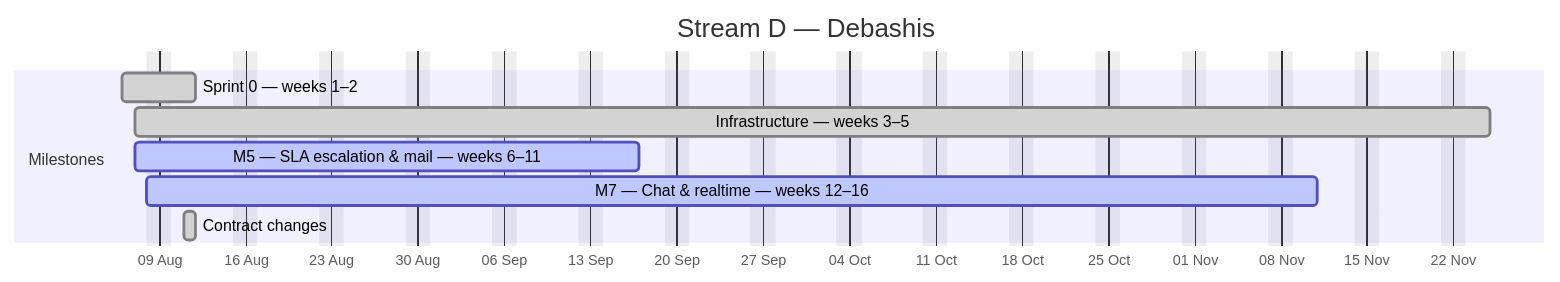
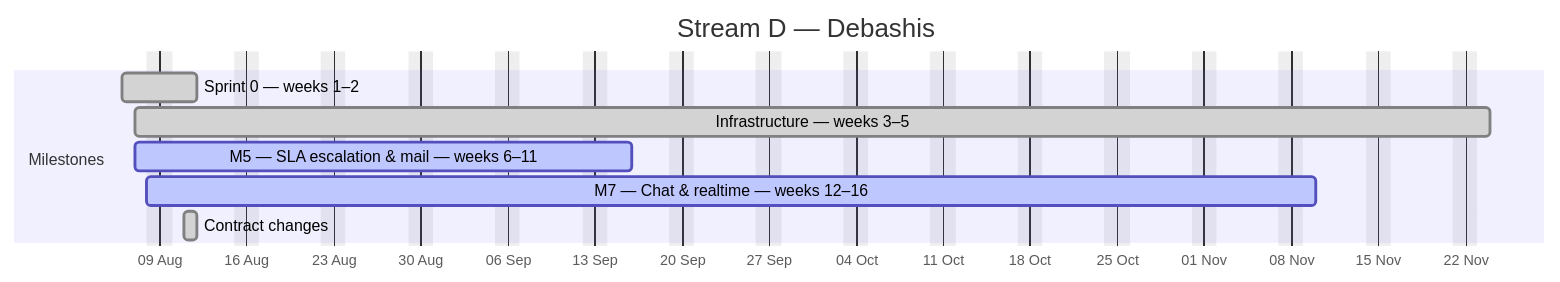
One commit to debashisedunext/EduTrack changed the fourth of 4 diagrams in docs/plan/GANTT.md. Above: the diagram before and after it, drawn with Mermaid. The commit also changed other lines of this file and 3 other files, not shown here.

````diff
--- a/docs/plan/GANTT.md
+++ b/docs/plan/GANTT.md
@@ -170,13 +173,13 @@
 ```mermaid
 gantt
     dateFormat YYYY-MM-DD
     axisFormat %d %b
     title Stream D — Debashis
     excludes weekends
     section Milestones
     Sprint 0 — weeks 1–2 :done, d0, 2026-08-06, 4d
-    Infrastructure — weeks 3–5 :done, d1, 2026-08-07, 78d
-    M5 — SLA  escalation & mail — weeks 6–11 :active, d2, 2026-08-07, 29d
-    M7 — Chat & realtime — weeks 12–16 :active, d3, 2026-08-08, 68d
+    Infrastructure — weeks 3–5 :done, d1, 2026-08-07, 77d
+    M5 — SLA  escalation & mail — weeks 6–11 :active, d2, 2026-08-07, 28d
+    M7 — Chat & realtime — weeks 12–16 :active, d3, 2026-08-08, 67d
     Contract changes :done, d4, 2026-08-11, 1d
 ```
````
